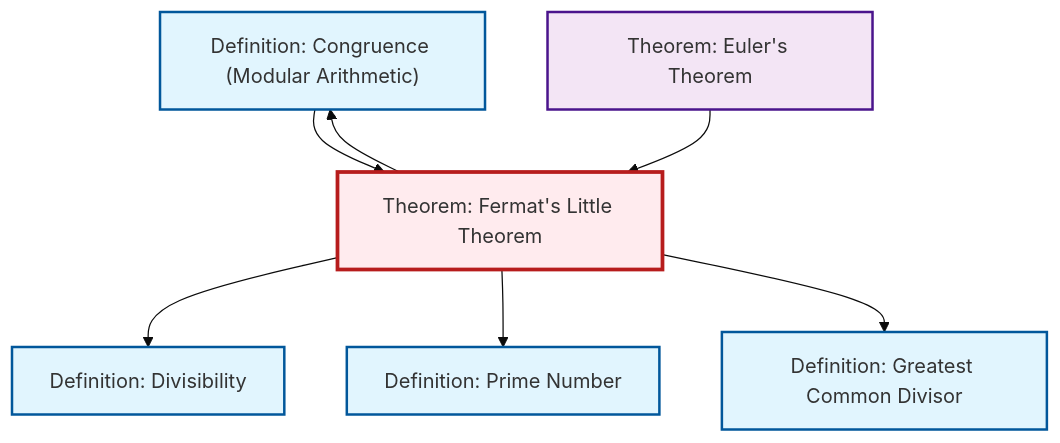
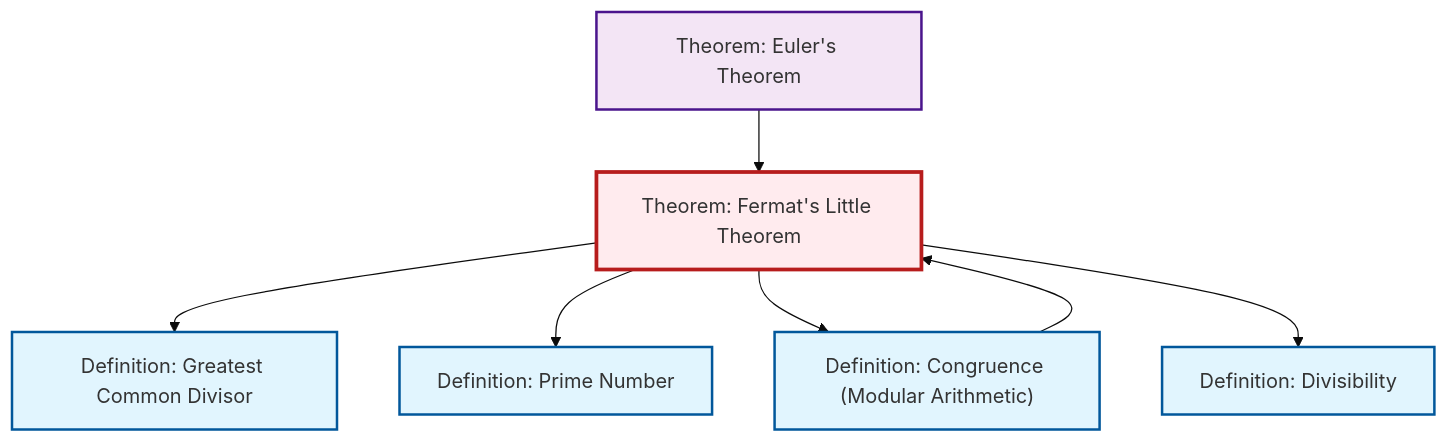
Before and after one commit to RK0429/ModernMath: the diagram in content/en/number-theory/thm-fermat-little.qmd, drawn with Mermaid (base theme). The commit also changed other lines of this file and 672 other files, not shown here.

````diff
--- a/content/en/number-theory/thm-fermat-little.qmd
+++ b/content/en/number-theory/thm-fermat-little.qmd
@@ -90,27 +90,27 @@
 ```{mermaid}
 %%| fig-cap: "Local dependency graph"
 graph TD
     classDef definition fill:#e1f5fe,stroke:#01579b,stroke-width:2px
     classDef theorem fill:#f3e5f5,stroke:#4a148c,stroke-width:2px
     classDef axiom fill:#fff3e0,stroke:#e65100,stroke-width:2px
     classDef example fill:#e8f5e9,stroke:#1b5e20,stroke-width:2px
     classDef current fill:#ffebee,stroke:#b71c1c,stroke-width:3px
+    thm-fermat-little["Theorem: Fermat's Little Theorem"]:::theorem
+    thm-euler["Theorem: Euler's Theorem"]:::theorem
+    def-congruence["Definition: Congruence (Modular Arithmetic)"]:::definition
+    def-prime["Definition: Prime Number"]:::definition
     def-gcd["Definition: Greatest Common Divisor"]:::definition
-    def-congruence["Definition: Congruence (Modular Arithmetic)"]:::definition
-    thm-euler["Theorem: Euler's Theorem"]:::theorem
     def-divisibility["Definition: Divisibility"]:::definition
-    thm-fermat-little["Theorem: Fermat's Little Theorem"]:::theorem
-    def-prime["Definition: Prime Number"]:::definition
+    thm-fermat-little --> def-gcd
+    thm-fermat-little --> def-prime
+    def-congruence --> thm-fermat-little
+    thm-fermat-little --> def-congruence
     thm-fermat-little --> def-divisibility
-    thm-fermat-little --> def-prime
-    thm-fermat-little --> def-gcd
-    def-congruence --> thm-fermat-little
     thm-euler --> thm-fermat-little
-    thm-fermat-little --> def-congruence
     class thm-fermat-little current
+    click thm-euler "thm-euler.html" "Go to Euler's Theorem theorem"
+    click def-congruence "def-congruence.html" "Go to Congruence (Modular Arithmetic) definition"
+    click def-prime "def-prime.html" "Go to Prime Number definition"
     click def-gcd "def-gcd.html" "Go to Greatest Common Divisor definition"
-    click def-congruence "def-congruence.html" "Go to Congruence (Modular Arithmetic) definition"
-    click thm-euler "thm-euler.html" "Go to Euler's Theorem theorem"
     click def-divisibility "def-divisibility.html" "Go to Divisibility definition"
-    click def-prime "def-prime.html" "Go to Prime Number definition"
 ```
````
